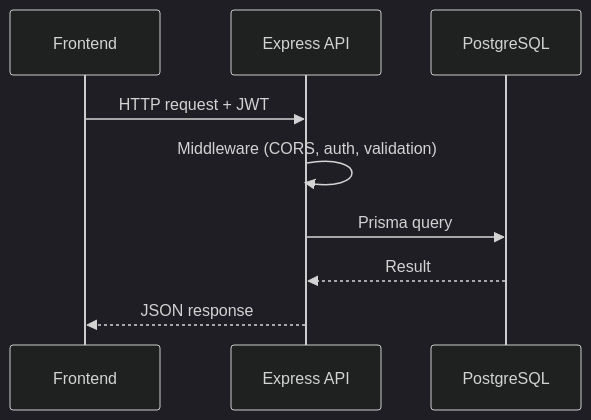
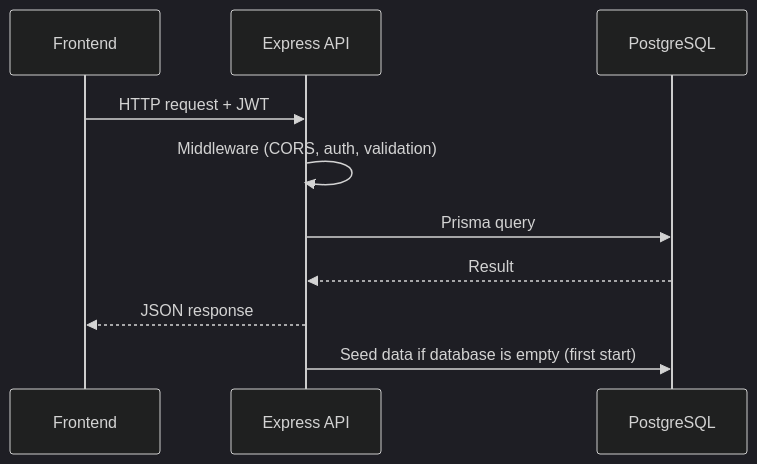
Before and after one commit to Arbab-ofc/DashFlow: the sixth of 6 diagrams in README.md, drawn with Mermaid (dark theme). The commit also changed other lines of this file, not shown here.

Commit message:
Document seeding and update diagrams

````diff
--- a/README.md
+++ b/README.md
@@ -127,12 +131,13 @@
 ```mermaid
 sequenceDiagram
   participant UI as Frontend
   participant API as Express API
   participant DB as PostgreSQL
 
   UI->>API: HTTP request + JWT
   API->>API: Middleware (CORS, auth, validation)
   API->>DB: Prisma query
   DB-->>API: Result
   API-->>UI: JSON response
+  API->>DB: Seed data if database is empty (first start)
 ```
````
